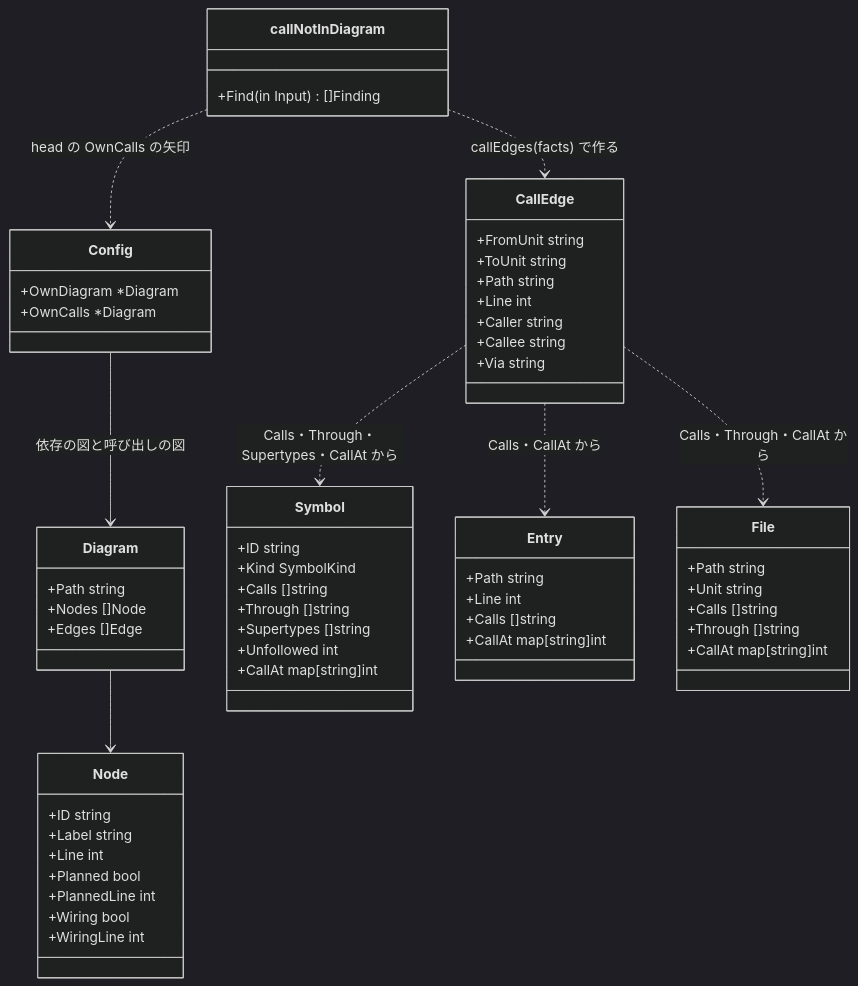
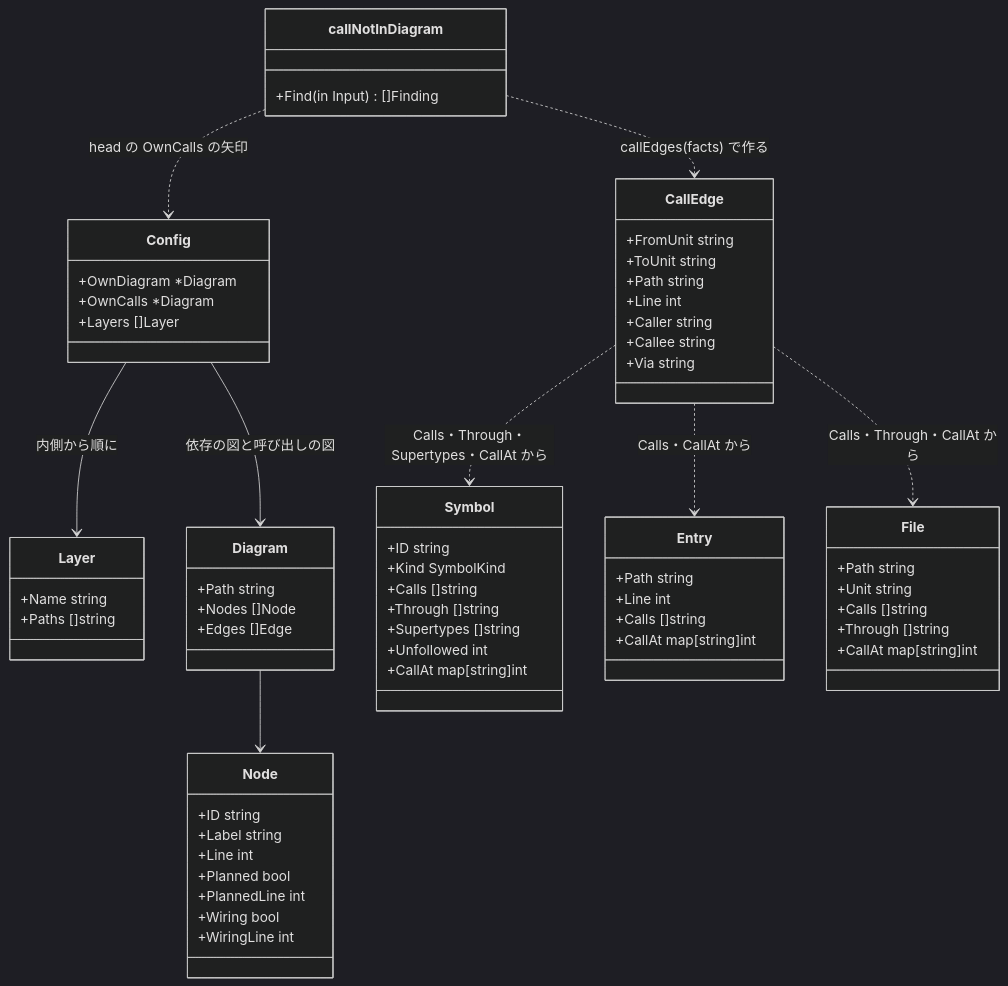
One commit to rerorets/hadome changed the diagram in docs/design/rules-deps.ja.md. Above: the diagram before and after it, drawn with Mermaid (dark theme). The commit also changed other lines of this file and 7 other files, not shown here.

````diff
--- a/docs/design/rules-deps.ja.md
+++ b/docs/design/rules-deps.ja.md
@@ -209,62 +239,68 @@
 ```mermaid
 classDiagram
   class Config {
     +OwnDiagram *Diagram
     +OwnCalls *Diagram
+    +Layers []Layer
+  }
+  class Layer {
+    +Name string
+    +Paths []string
   }
   class Diagram {
     +Path string
     +Nodes []Node
     +Edges []Edge
   }
   class Node {
     +ID string
     +Label string
     +Line int
     +Planned bool
     +PlannedLine int
     +Wiring bool
     +WiringLine int
   }
   class Symbol {
     +ID string
     +Kind SymbolKind
     +Calls []string
     +Through []string
     +Supertypes []string
     +Unfollowed int
     +CallAt map[string]int
   }
   class Entry {
     +Path string
     +Line int
     +Calls []string
     +CallAt map[string]int
   }
   class File {
     +Path string
     +Unit string
     +Calls []string
     +Through []string
     +CallAt map[string]int
   }
   class CallEdge {
     +FromUnit string
     +ToUnit string
     +Path string
     +Line int
     +Caller string
     +Callee string
     +Via string
   }
   class callNotInDiagram {
     +Find(in Input) []Finding
   }
   Config --> Diagram : 依存の図と呼び出しの図
+  Config --> Layer : 内側から順に
   Diagram --> Node
   callNotInDiagram ..> CallEdge : callEdges(facts) で作る
   CallEdge ..> Symbol : Calls・Through・Supertypes・CallAt から
   CallEdge ..> Entry : Calls・CallAt から
   CallEdge ..> File : Calls・Through・CallAt から
   callNotInDiagram ..> Config : head の OwnCalls の矢印
 ```
````
